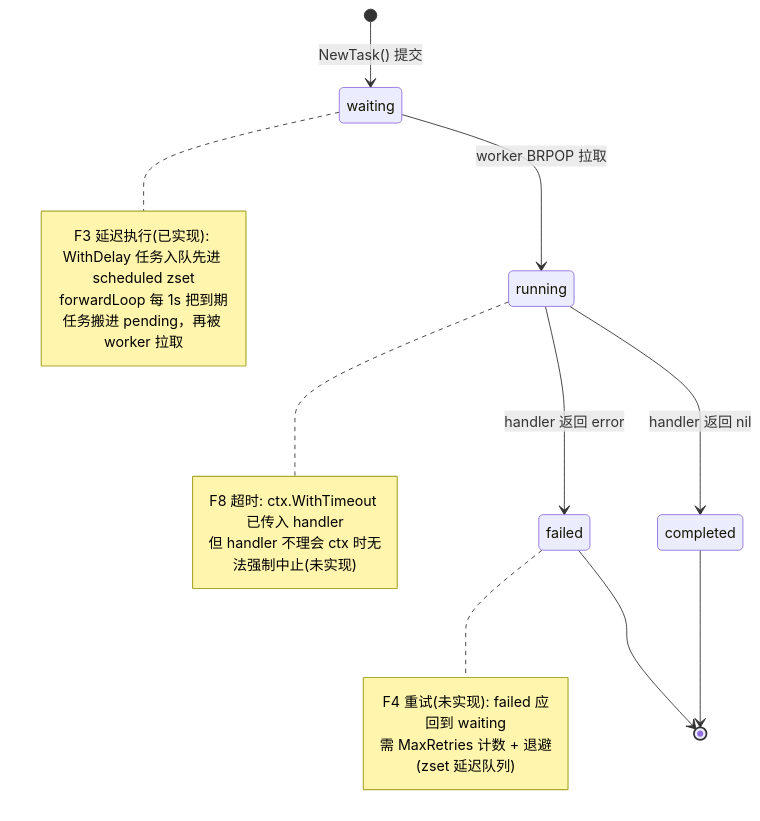
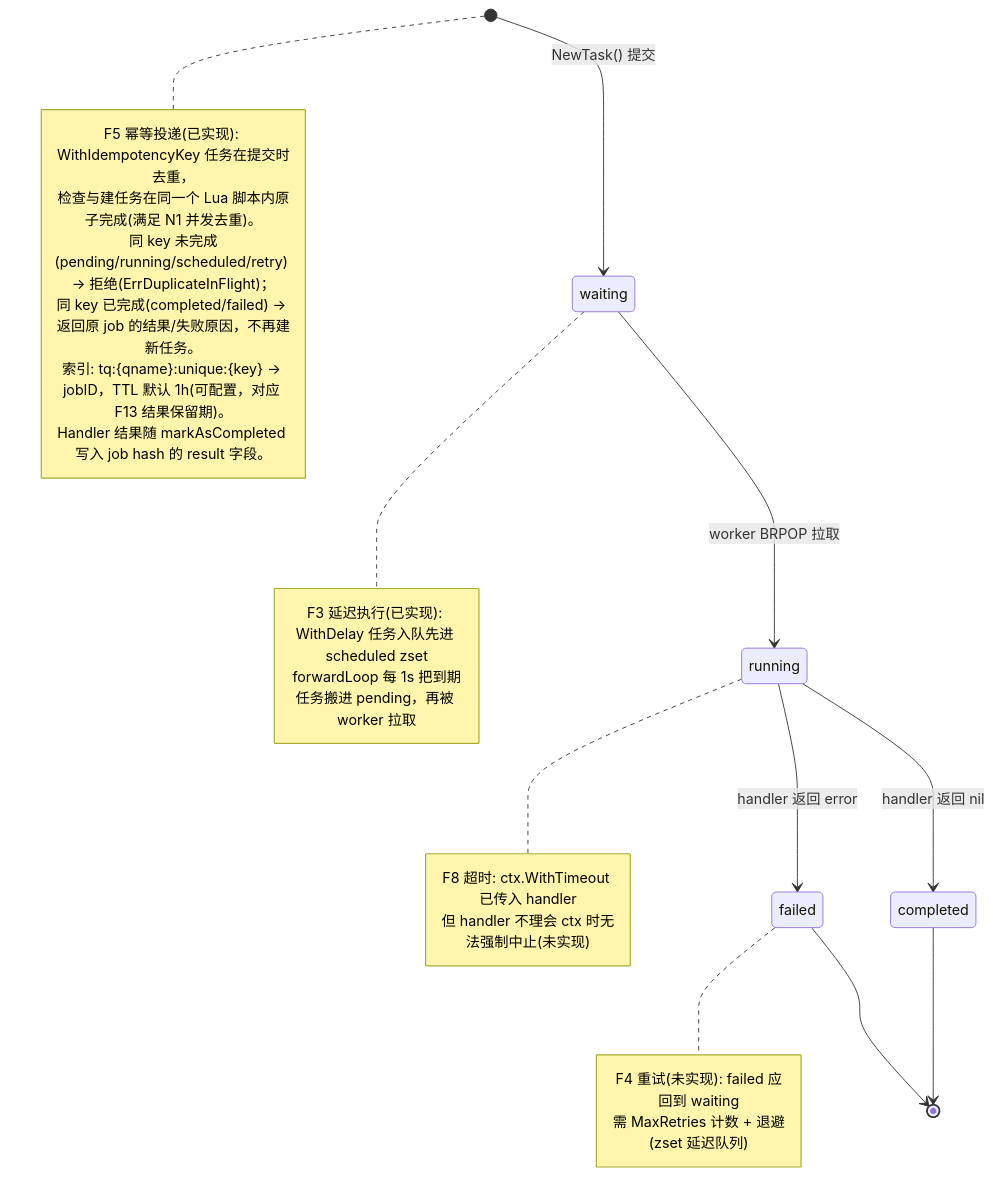
The first of 2 diagrams in notes/architecture.md (phakeandy/tq), drawn with Mermaid before and after one commit. The commit also changed 6 other files, not shown here.

````diff
--- a/notes/architecture.md
+++ b/notes/architecture.md
@@ -5,25 +5,34 @@
 ```mermaid
 stateDiagram-v2
     [*] --> waiting: NewTask() 提交
     waiting --> running: worker BRPOP 拉取
     running --> completed: handler 返回 nil
     running --> failed: handler 返回 error
 
     note right of waiting
         F3 延迟执行(已实现): WithDelay 任务入队先进 scheduled zset
         forwardLoop 每 1s 把到期任务搬进 pending，再被 worker 拉取
+    end note
+
+    note right of [*]
+        F5 幂等投递(已实现): WithIdempotencyKey 任务在提交时去重，
+        检查与建任务在同一个 Lua 脚本内原子完成(满足 N1 并发去重)。
+        同 key 未完成(pending/running/scheduled/retry) → 拒绝(ErrDuplicateInFlight)；
+        同 key 已完成(completed/failed) → 返回原 job 的结果/失败原因，不再建新任务。
+        索引: tq:{qname}:unique:{key} → jobID，TTL 默认 1h(可配置，对应 F13 结果保留期)。
+        Handler 结果随 markAsCompleted 写入 job hash 的 result 字段。
     end note
 
     note right of running
         F8 超时: ctx.WithTimeout 已传入 handler
         但 handler 不理会 ctx 时无法强制中止(未实现)
     end note
 
     note right of failed
         F4 重试(未实现): failed 应回到 waiting
         需 MaxRetries 计数 + 退避(zset 延迟队列)
     end note
 
     completed --> [*]
     failed --> [*]
 ```
````
